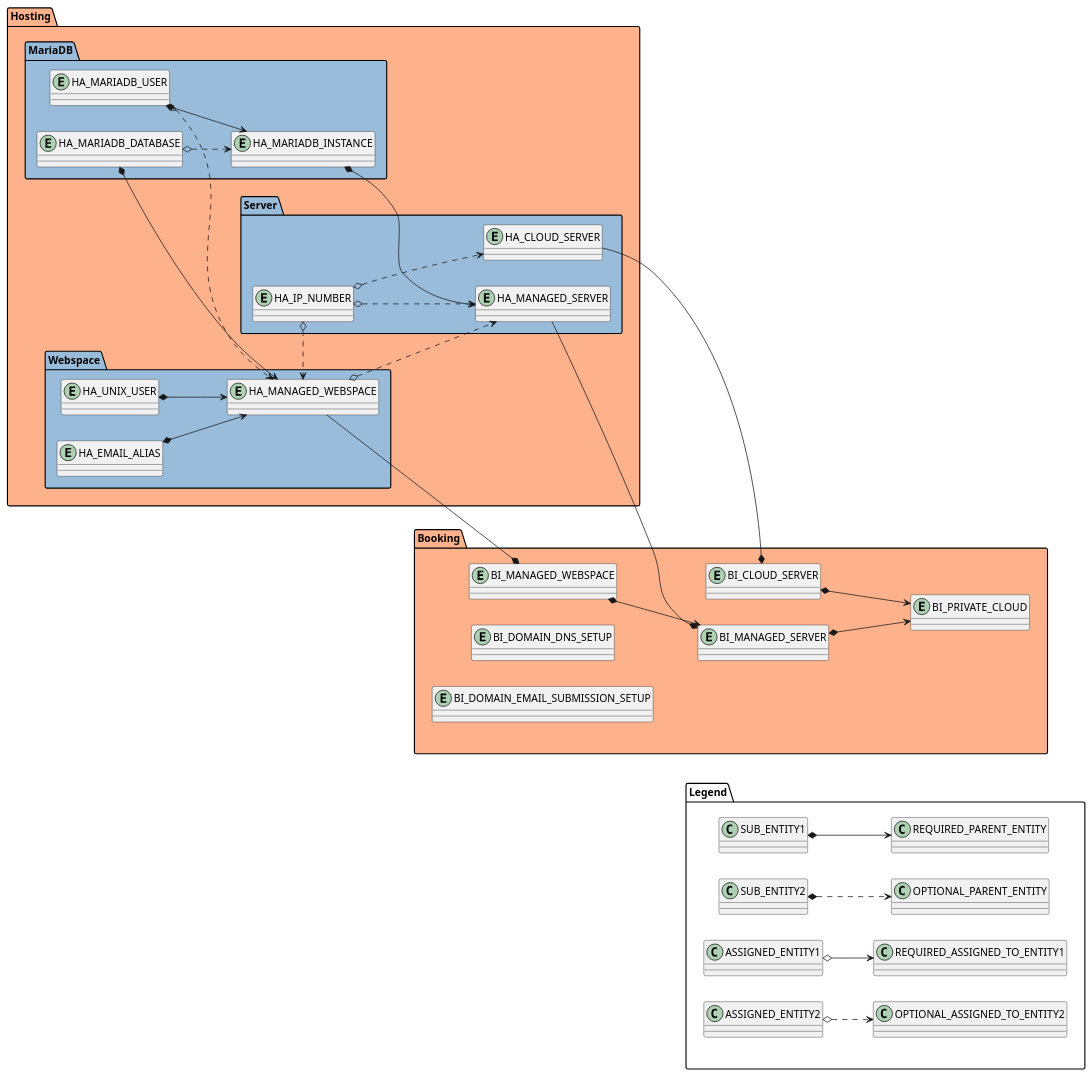
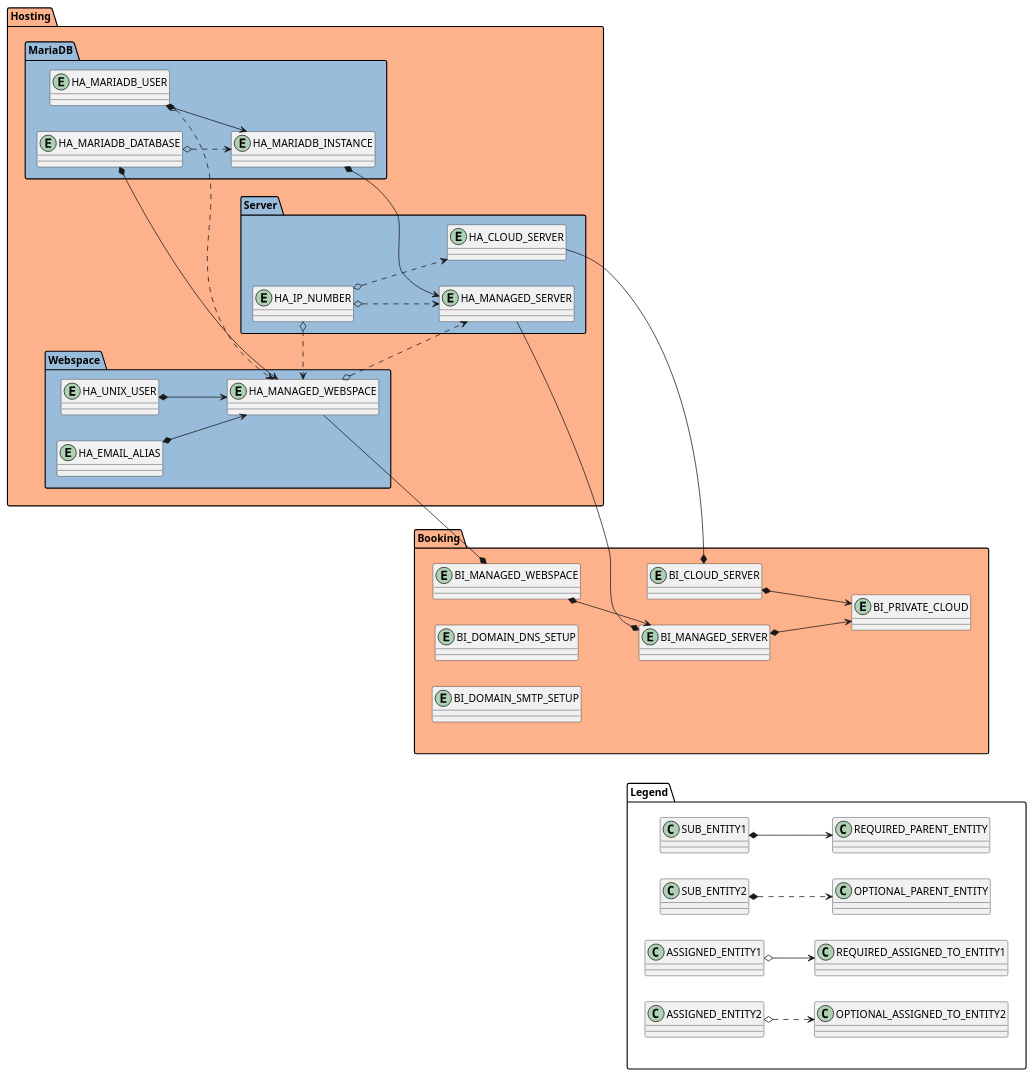
Before and after one commit to mhoennig/hs.hsadmin.ng: the second of 3 diagrams in doc/hs-hosting-asset-type-structure.md, drawn with PlantUML. The commit also changed other lines of this file and 23 other files, not shown here.

Commit message:
add-domain-email-setup-validation (#74)

````diff
--- a/doc/hs-hosting-asset-type-structure.md
+++ b/doc/hs-hosting-asset-type-structure.md
@@ -75,61 +75,61 @@
 ```plantuml
 @startuml
 left to right direction
 
 package Booking #feb28c {
     entity BI_PRIVATE_CLOUD
     entity BI_CLOUD_SERVER
     entity BI_MANAGED_SERVER
     entity BI_MANAGED_WEBSPACE
     entity BI_DOMAIN_DNS_SETUP
-    entity BI_DOMAIN_EMAIL_SUBMISSION_SETUP
+    entity BI_DOMAIN_SMTP_SETUP
 }
 
 package Hosting #feb28c{
     package MariaDB #99bcdb {
         entity HA_MARIADB_INSTANCE        
         entity HA_MARIADB_USER        
         entity HA_MARIADB_DATABASE
     }
 
     package Server #99bcdb {
         entity HA_CLOUD_SERVER        
         entity HA_MANAGED_SERVER        
         entity HA_IP_NUMBER
     }
 
     package Webspace #99bcdb {
         entity HA_MANAGED_WEBSPACE        
         entity HA_UNIX_USER        
         entity HA_EMAIL_ALIAS
     }
 
 }
 
 BI_CLOUD_SERVER *--> BI_PRIVATE_CLOUD
 BI_MANAGED_SERVER *--> BI_PRIVATE_CLOUD
 BI_MANAGED_WEBSPACE *--> BI_MANAGED_SERVER
 
 HA_CLOUD_SERVER ==* BI_CLOUD_SERVER
 HA_MANAGED_SERVER ==* BI_MANAGED_SERVER
 HA_MANAGED_WEBSPACE ==* BI_MANAGED_WEBSPACE
 HA_MANAGED_WEBSPACE o..> HA_MANAGED_SERVER
 HA_UNIX_USER *==> HA_MANAGED_WEBSPACE
 HA_EMAIL_ALIAS *==> HA_MANAGED_WEBSPACE
 HA_MARIADB_INSTANCE *==> HA_MANAGED_SERVER
 HA_MARIADB_USER *==> HA_MARIADB_INSTANCE
 HA_MARIADB_USER o..> HA_MANAGED_WEBSPACE
 HA_MARIADB_DATABASE *==> HA_MANAGED_WEBSPACE
 HA_MARIADB_DATABASE o..> HA_MARIADB_INSTANCE
 HA_IP_NUMBER o..> HA_CLOUD_SERVER
 HA_IP_NUMBER o..> HA_MANAGED_SERVER
 HA_IP_NUMBER o..> HA_MANAGED_WEBSPACE
 
 package Legend #white {
     SUB_ENTITY1 *--> REQUIRED_PARENT_ENTITY
     SUB_ENTITY2 *..> OPTIONAL_PARENT_ENTITY
     ASSIGNED_ENTITY1 o--> REQUIRED_ASSIGNED_TO_ENTITY1
     ASSIGNED_ENTITY2 o..> OPTIONAL_ASSIGNED_TO_ENTITY2
 }
 Booking -down[hidden]->Legend
 ```
````
